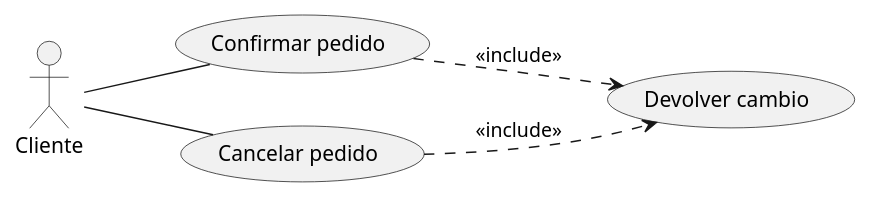
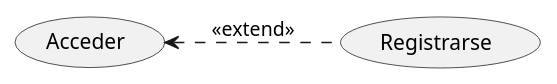
One commit to tatianagarijo/UMLClasesUsoTatianaGarijo changed the diagram in src/ClasesUso.puml. Above: the diagram before and after it, drawn with PlantUML. The commit also changed other lines of this file and 3 other files, not shown here.

```diff
--- a/src/ClasesUso.puml
+++ b/src/ClasesUso.puml
@@ -1,11 +2,6 @@
 @startuml
 left to right direction
-:Cliente: as cli
-usecase (Confirmar pedido) as UC1
-usecase (Cancelar pedido) as UC2
-usecase (Devolver cambio) as UC3
-cli -- UC1
-cli -- UC2
-UC1 ..> UC3 : <<include>>
-UC2 ..> UC3 : <<include>>
+usecase (Acceder) as UC1
+usecase (Registrarse) as UC2
+UC1 <.. UC2 : <<extend>>
 @enduml
```
